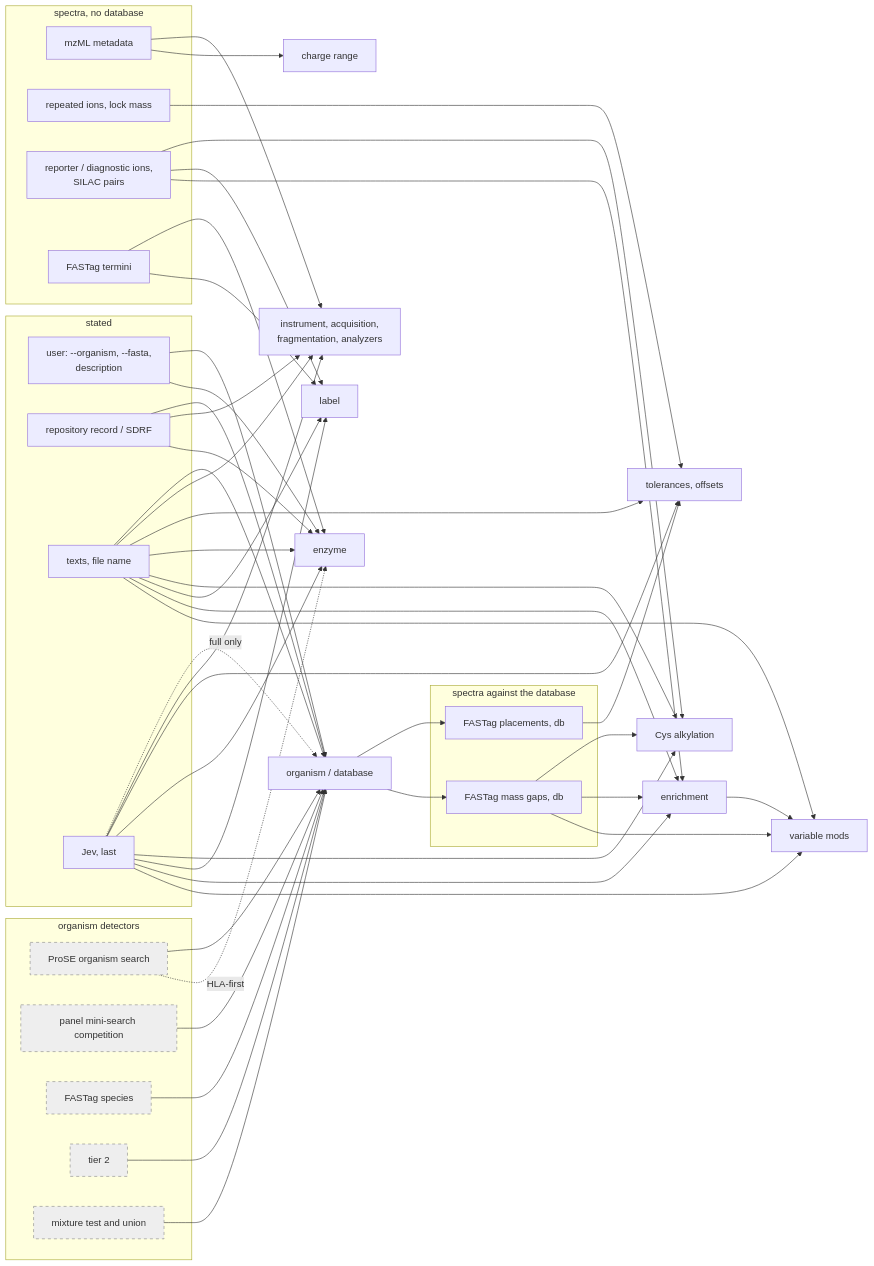
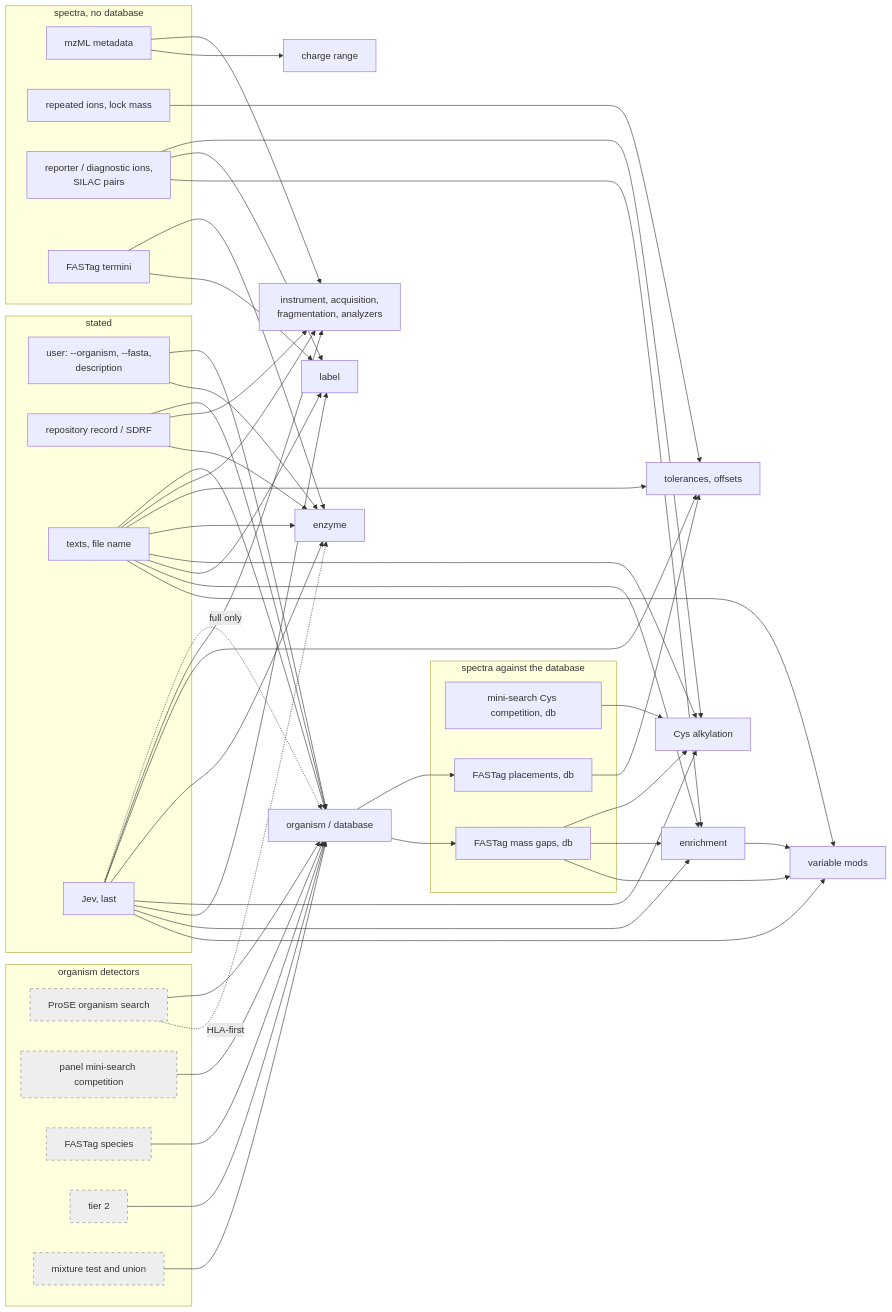
Before and after one commit to okohlbacher/prose-auto: the second of 2 diagrams in docs/decision_flow.md, drawn with Mermaid. The commit also changed other lines of this file and 4 other files, not shown here.

First line of the commit message:
prose-auto 0.1.10: keep the mini-search Cys competition

```diff
--- a/docs/decision_flow.md
+++ b/docs/decision_flow.md
@@ -71,6 +73,7 @@
         TERM[FASTag termini]
     end
     subgraph db[spectra against the database]
+        MINI[mini-search Cys competition, db]
         PLACE[FASTag placements, db]
         GAPS[FASTag mass gaps, db]
     end
@@ -122,6 +125,7 @@
     PROSE -. HLA-first .-> ENZ
 
     DIAG --> CYS
+    MINI --> CYS
     GAPS --> CYS
     TXT --> CYS
     JEV --> CYS
```
